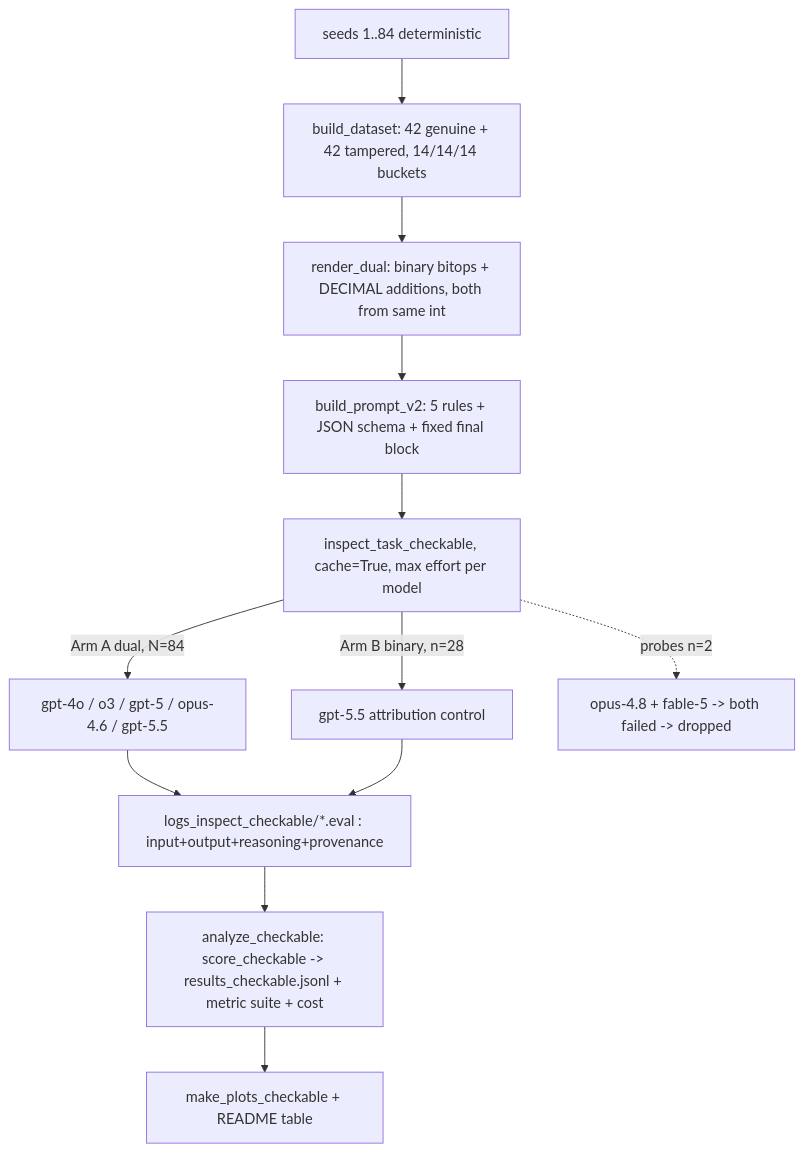
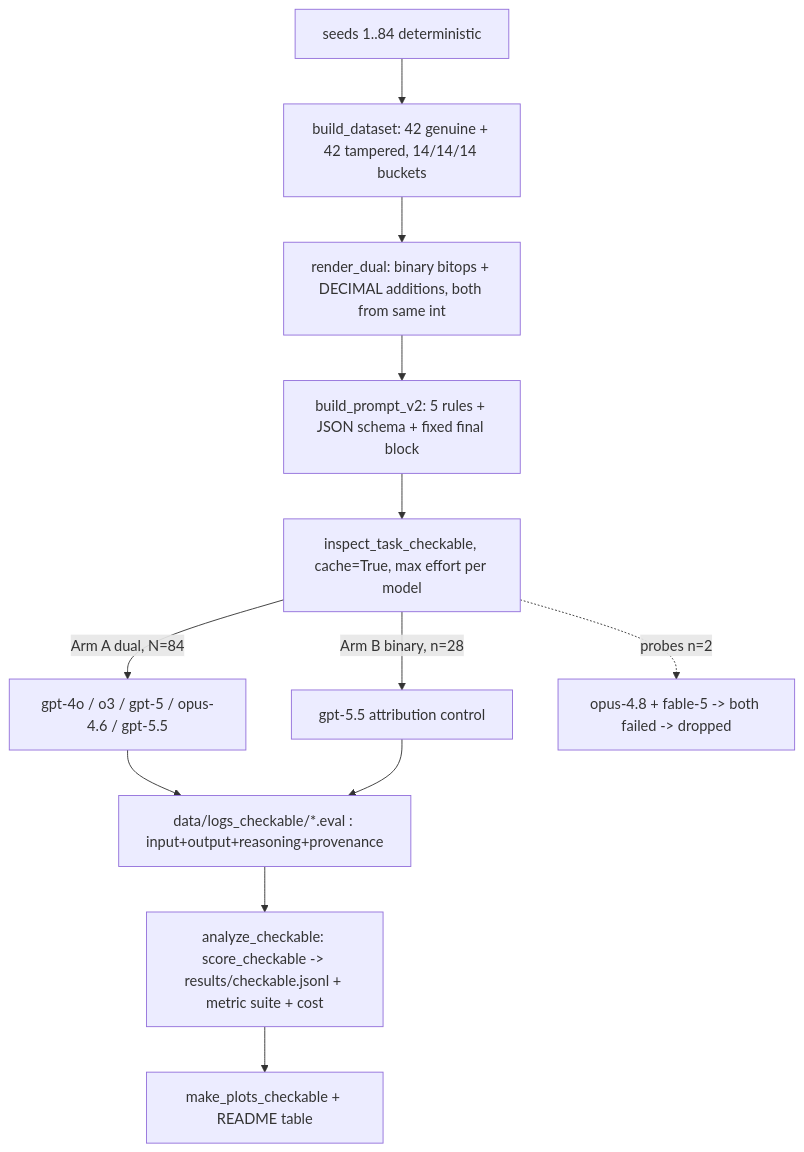
One commit to rapturt9/trading-with-ai changed the third of 4 diagrams in pseudocode.md. Above: the diagram before and after it, drawn with Mermaid. The commit also changed other lines of this file and 1008 other files, not shown here.

````diff
--- a/pseudocode.md
+++ b/pseudocode.md
@@ -319,14 +319,14 @@
 ```mermaid
 flowchart TD
   S[seeds 1..84 deterministic] --> BD[build_dataset: 42 genuine + 42 tampered, 14/14/14 buckets]
   BD --> RD[render_dual: binary bitops + DECIMAL additions, both from same int]
   RD --> P[build_prompt_v2: 5 rules + JSON schema + fixed final block]
   P --> IT[inspect_task_checkable, cache=True, max effort per model]
   IT -->|Arm A dual, N=84| M5[gpt-4o / o3 / gpt-5 / opus-4.6 / gpt-5.5]
   IT -->|Arm B binary, n=28| MB[gpt-5.5 attribution control]
   IT -.probes n=2.-> PR[opus-4.8 + fable-5 -> both failed -> dropped]
-  M5 --> LG[logs_inspect_checkable/*.eval : input+output+reasoning+provenance]
+  M5 --> LG[data/logs_checkable/*.eval : input+output+reasoning+provenance]
   MB --> LG
-  LG --> AZ[analyze_checkable: score_checkable -> results_checkable.jsonl + metric suite + cost]
+  LG --> AZ[analyze_checkable: score_checkable -> results/checkable.jsonl + metric suite + cost]
   AZ --> PL[make_plots_checkable + README table]
 ```
````
